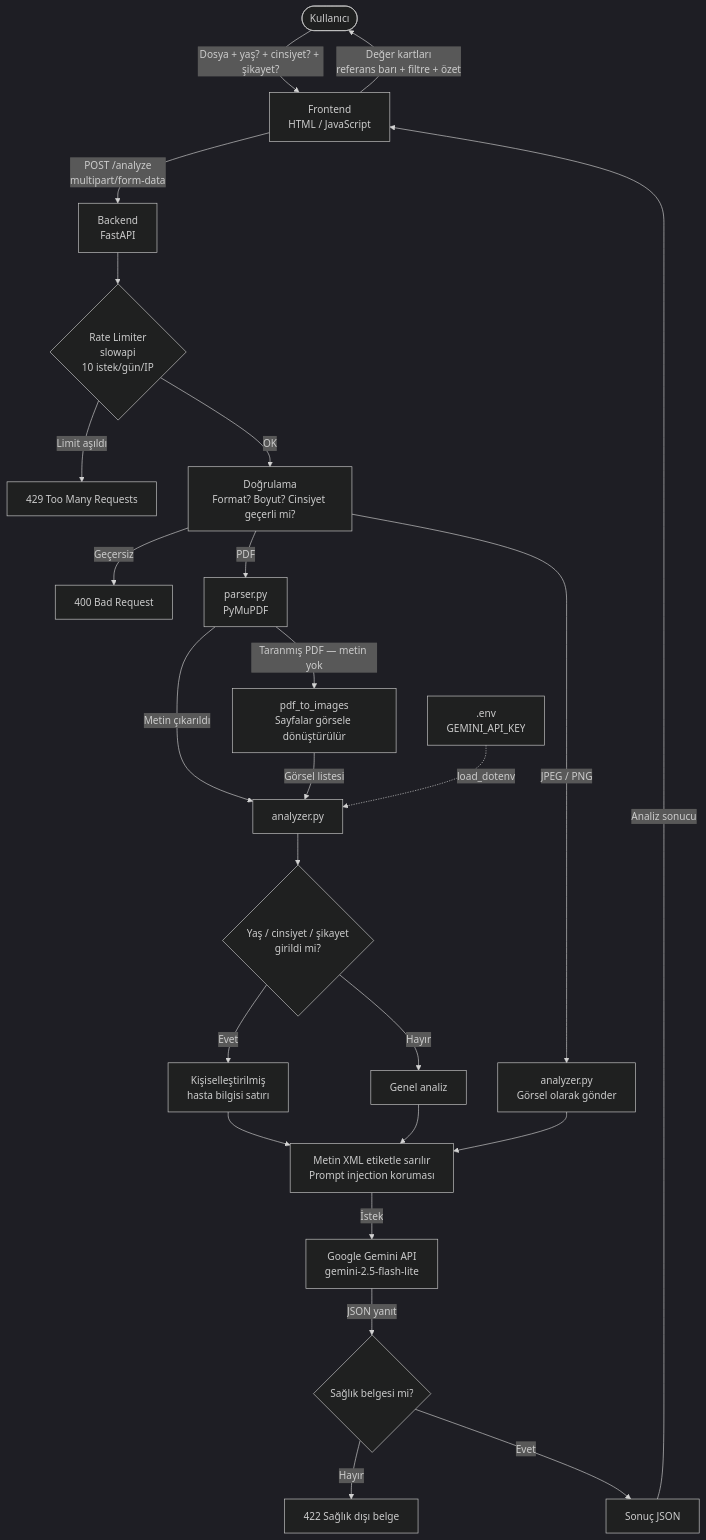
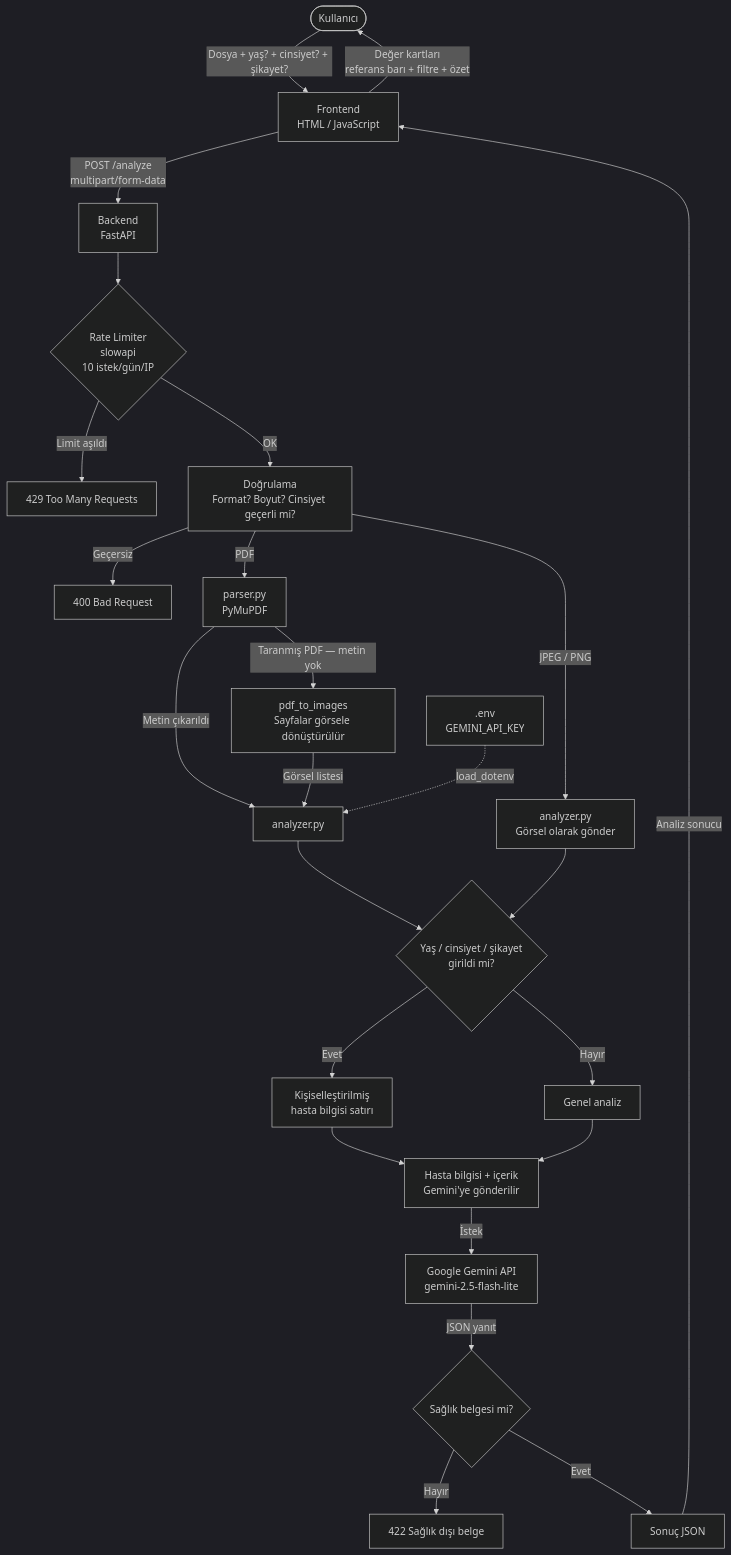
Before and after one commit to tunamyr/Raporum: the diagram in README.md, drawn with Mermaid (dark theme). The commit also changed 1 other file, not shown here.

Commit message:
readme diyagram ve frontend güncellemeleri yapıldı

````diff
--- a/README.md
+++ b/README.md
@@ -43,37 +43,37 @@
 ```mermaid
 flowchart TD
     A([Kullanıcı]) -->|Dosya + yaş? + cinsiyet? + şikayet?| B[Frontend\nHTML / JavaScript]
 
     B -->|POST /analyze\nmultipart/form-data| C[Backend\nFastAPI]
 
     C --> D{Rate Limiter\nslowapi\n10 istek/gün/IP}
     D -->|Limit aşıldı| E[429 Too Many Requests]
     D -->|OK| F[Doğrulama\nFormat? Boyut? Cinsiyet geçerli mi?]
 
     F -->|Geçersiz| G[400 Bad Request]
     F -->|PDF| H[parser.py\nPyMuPDF]
     F -->|JPEG / PNG| I2[analyzer.py\nGörsel olarak gönder]
 
     H -->|Metin çıkarıldı| I[analyzer.py]
     H -->|Taranmış PDF — metin yok| H2[pdf_to_images\nSayfalar görsele dönüştürülür]
     H2 -->|Görsel listesi| I
 
     I --> J{Yaş / cinsiyet / şikayet\ngirildi mi?}
+    I2 --> J
     J -->|Evet| K[Kişiselleştirilmiş\nhasta bilgisi satırı]
     J -->|Hayır| L[Genel analiz]
     K --> M
     L --> M
 
-    M[Metin XML etiketle sarılır\nPrompt injection koruması]
+    M[Hasta bilgisi + içerik\nGemini'ye gönderilir]
     M -->|İstek| N[Google Gemini API\ngemini-2.5-flash-lite]
 
     N -->|JSON yanıt| O{Sağlık belgesi mi?}
     O -->|Hayır| P[422 Sağlık dışı belge]
     O -->|Evet| Q[Sonuç JSON]
 
     Q -->|Analiz sonucu| B
     B -->|Değer kartları\nreferans barı + filtre + özet| A
 
     R[.env\nGEMINI_API_KEY] -.->|load_dotenv| I
-    I2 --> M
 ```
````
